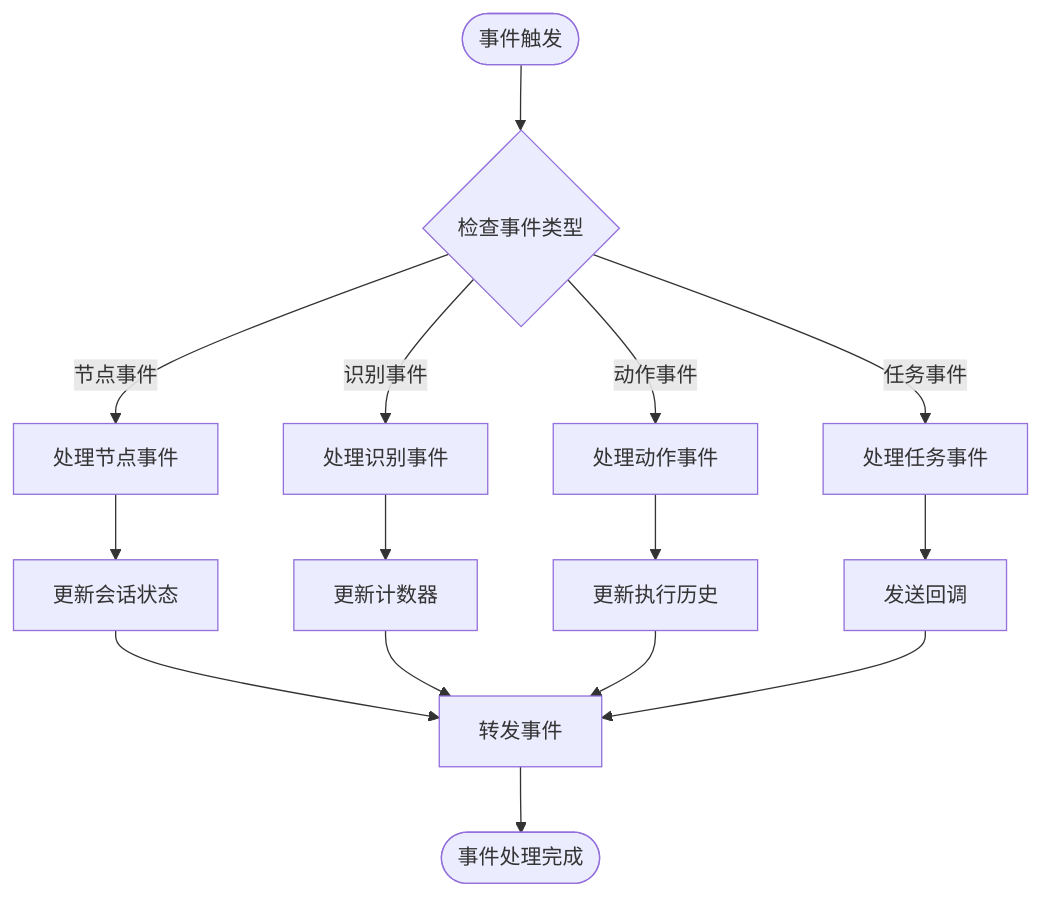
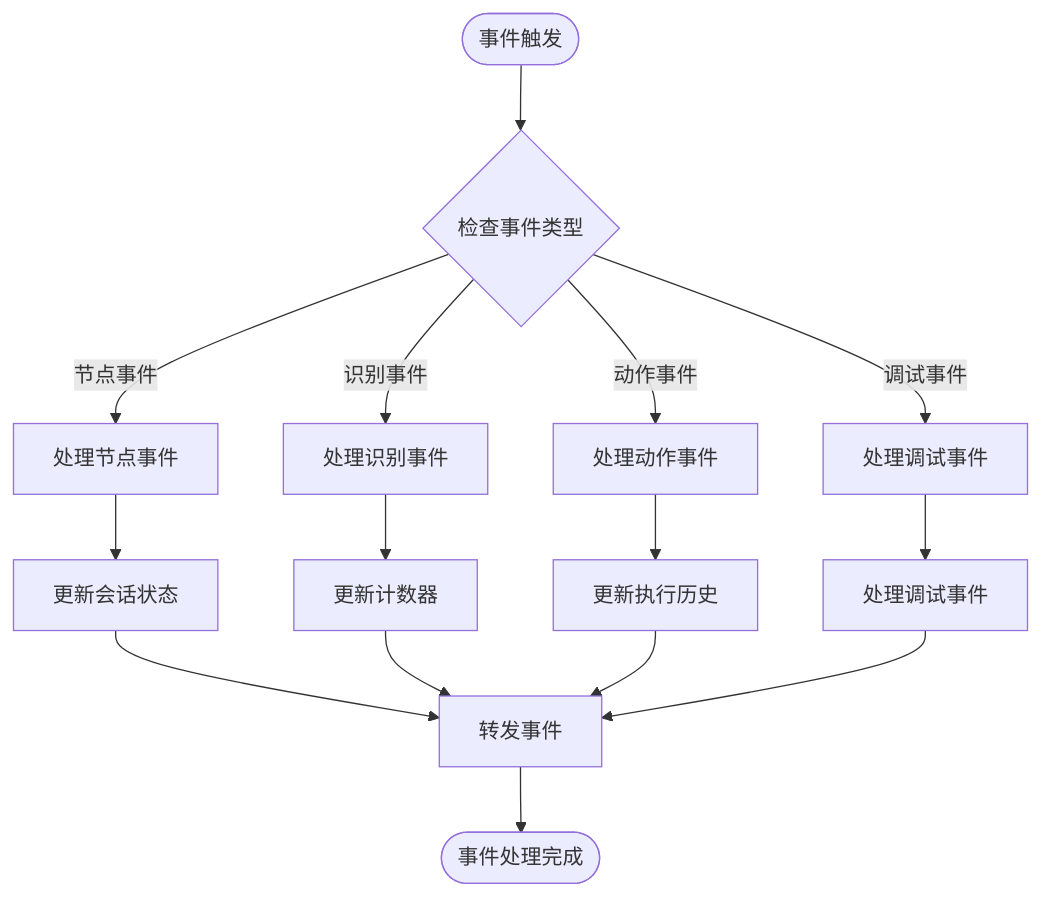
The fifth of 11 diagrams in .qoder/repowiki/zh/content/核心概念/调试协议 V2.md (kqcoxn/MaaPipelineEditor), drawn with Mermaid before and after one commit. The commit also changed other lines of this file and 23 other files, not shown here.

````diff
--- a/.qoder/repowiki/zh/content/核心概念/调试协议 V2.md
+++ b/.qoder/repowiki/zh/content/核心概念/调试协议 V2.md
@@ -280,17 +286,17 @@
 ```mermaid
 flowchart TD
 Start([事件触发]) --> CheckType{检查事件类型}
 CheckType --> |节点事件| NodeEvent[处理节点事件]
 CheckType --> |识别事件| RecoEvent[处理识别事件]
 CheckType --> |动作事件| ActionEvent[处理动作事件]
-CheckType --> |任务事件| TaskEvent[处理任务事件]
+CheckType --> |调试事件| DebugEvent[处理调试事件]
 NodeEvent --> UpdateState[更新会话状态]
 RecoEvent --> UpdateCounter[更新计数器]
 ActionEvent --> UpdateHistory[更新执行历史]
-TaskEvent --> SendCallback[发送回调]
+DebugEvent --> HandleDebug[处理调试事件]
 UpdateState --> ForwardEvent[转发事件]
 UpdateCounter --> ForwardEvent
 UpdateHistory --> ForwardEvent
-SendCallback --> ForwardEvent
+HandleDebug --> ForwardEvent
 ForwardEvent --> End([事件处理完成])
 ```
````
